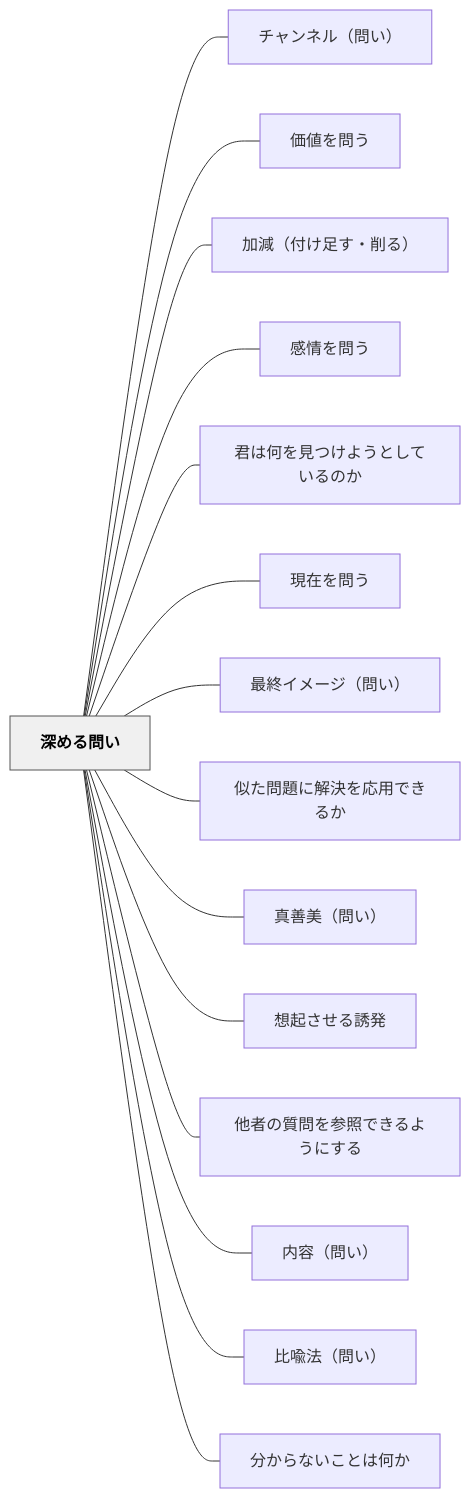
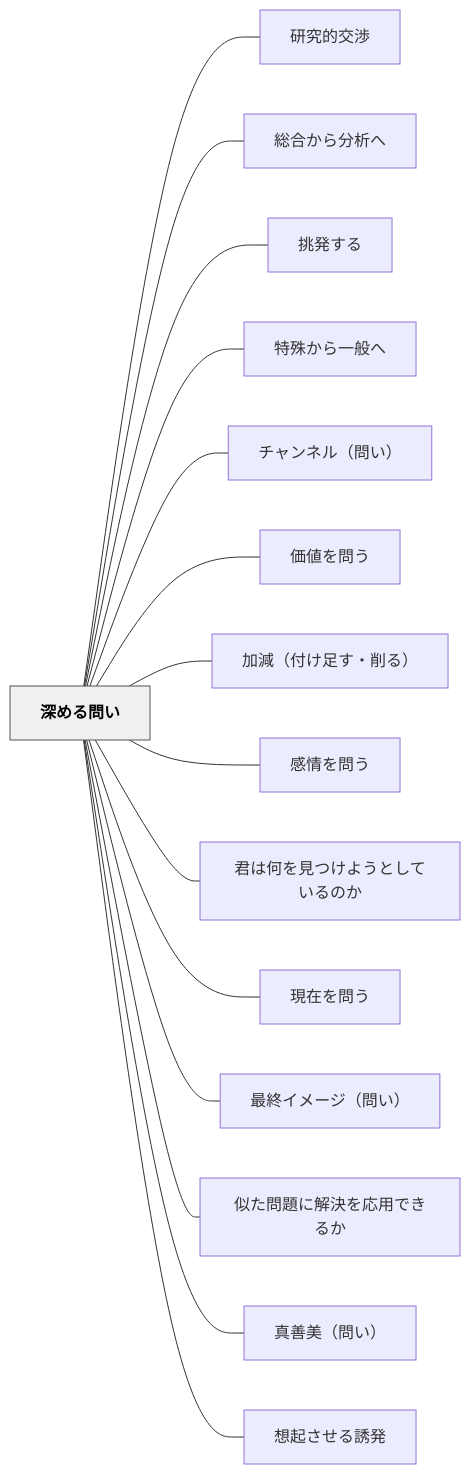
One commit to unknownthings-ed-patterns/unknownthings-ed-patterns changed the diagram in content/パタン/深める問い.md. Above: the diagram before and after it, drawn with Mermaid. The commit also changed other lines of this file and 38 other files, not shown here.

````diff
--- a/content/パタン/深める問い.md
+++ b/content/パタン/深める問い.md
@@ -101,36 +105,36 @@
 ```mermaid
 flowchart LR
     ne6b7b1e38281e3828be5958fe38184["深める問い"]
+    ne7a094e7a9b6e79a84e4baa4e6b889["研究的交渉"]
+    ne7b78fe59088e3818be38289e58886e69e90e381b8["総合から分析へ"]
+    ne68c91e799bae38199e3828b["挑発する"]
+    ne789b9e6ae8ae3818be38289e4b880e888ace381b8["特殊から一般へ"]
     ne38381e383a3e383b3e3838de383abefbc88e5958fe38184efbc89["チャンネル（問い）"]
     ne4bea1e580a4e38292e5958fe38186["価値を問う"]
     ne58aa0e6b89befbc88e4bb98e38191e8b6b3e38199e383bbe5898ae3828befbc89["加減（付け足す・削る）"]
     ne6849fe68385e38292e5958fe38186["感情を問う"]
     ne5909be381afe4bd95e38292e8a68be381a4e38191e38288e38186e381a8e38197e381a6e38184e3828be381aee3818b["君は何を見つけようとしているのか"]
     ne78fbee59ca8e38292e5958fe38186["現在を問う"]
     ne69c80e7b582e382a4e383a1e383bce382b8efbc88e5958fe38184efbc89["最終イメージ（問い）"]
     ne4bcbce3819fe5958fe9a18ce381abe8a7a3e6b1bae38292e5bf9ce794a8e381a7e3818de3828be3818b["似た問題に解決を応用できるか"]
     ne79c9fe59684e7be8eefbc88e5958fe38184efbc89["真善美（問い）"]
     ne683b3e8b5b7e38195e3819be3828be8aa98e799ba["想起させる誘発"]
-    ne4bb96e88085e381aee8b3aae5958fe38292e58f82e785a7e381a7e3818de3828be38288e38186e381abe38199e3828b["他者の質問を参照できるようにする"]
-    ne58685e5aeb9efbc88e5958fe38184efbc89["内容（問い）"]
-    ne6af94e596a9e6b395efbc88e5958fe38184efbc89["比喩法（問い）"]
-    ne58886e3818be38289e381aae38184e38193e381a8e381afe4bd95e3818b["分からないことは何か"]
 
+    ne6b7b1e38281e3828be5958fe38184 --- ne7a094e7a9b6e79a84e4baa4e6b889
+    ne6b7b1e38281e3828be5958fe38184 --- ne7b78fe59088e3818be38289e58886e69e90e381b8
+    ne6b7b1e38281e3828be5958fe38184 --- ne68c91e799bae38199e3828b
+    ne6b7b1e38281e3828be5958fe38184 --- ne789b9e6ae8ae3818be38289e4b880e888ace381b8
     ne6b7b1e38281e3828be5958fe38184 --- ne38381e383a3e383b3e3838de383abefbc88e5958fe38184efbc89
     ne6b7b1e38281e3828be5958fe38184 --- ne4bea1e580a4e38292e5958fe38186
     ne6b7b1e38281e3828be5958fe38184 --- ne58aa0e6b89befbc88e4bb98e38191e8b6b3e38199e383bbe5898ae3828befbc89
     ne6b7b1e38281e3828be5958fe38184 --- ne6849fe68385e38292e5958fe38186
     ne6b7b1e38281e3828be5958fe38184 --- ne5909be381afe4bd95e38292e8a68be381a4e38191e38288e38186e381a8e38197e381a6e38184e3828be381aee3818b
     ne6b7b1e38281e3828be5958fe38184 --- ne78fbee59ca8e38292e5958fe38186
     ne6b7b1e38281e3828be5958fe38184 --- ne69c80e7b582e382a4e383a1e383bce382b8efbc88e5958fe38184efbc89
     ne6b7b1e38281e3828be5958fe38184 --- ne4bcbce3819fe5958fe9a18ce381abe8a7a3e6b1bae38292e5bf9ce794a8e381a7e3818de3828be3818b
     ne6b7b1e38281e3828be5958fe38184 --- ne79c9fe59684e7be8eefbc88e5958fe38184efbc89
     ne6b7b1e38281e3828be5958fe38184 --- ne683b3e8b5b7e38195e3819be3828be8aa98e799ba
-    ne6b7b1e38281e3828be5958fe38184 --- ne4bb96e88085e381aee8b3aae5958fe38292e58f82e785a7e381a7e3818de3828be38288e38186e381abe38199e3828b
-    ne6b7b1e38281e3828be5958fe38184 --- ne58685e5aeb9efbc88e5958fe38184efbc89
-    ne6b7b1e38281e3828be5958fe38184 --- ne6af94e596a9e6b395efbc88e5958fe38184efbc89
-    ne6b7b1e38281e3828be5958fe38184 --- ne58886e3818be38289e381aae38184e38193e381a8e381afe4bd95e3818b
 
     classDef hub fill:#f0f0f0,stroke:#555,color:#000,font-weight:bold
     class ne6b7b1e38281e3828be5958fe38184 hub
 ```
````
